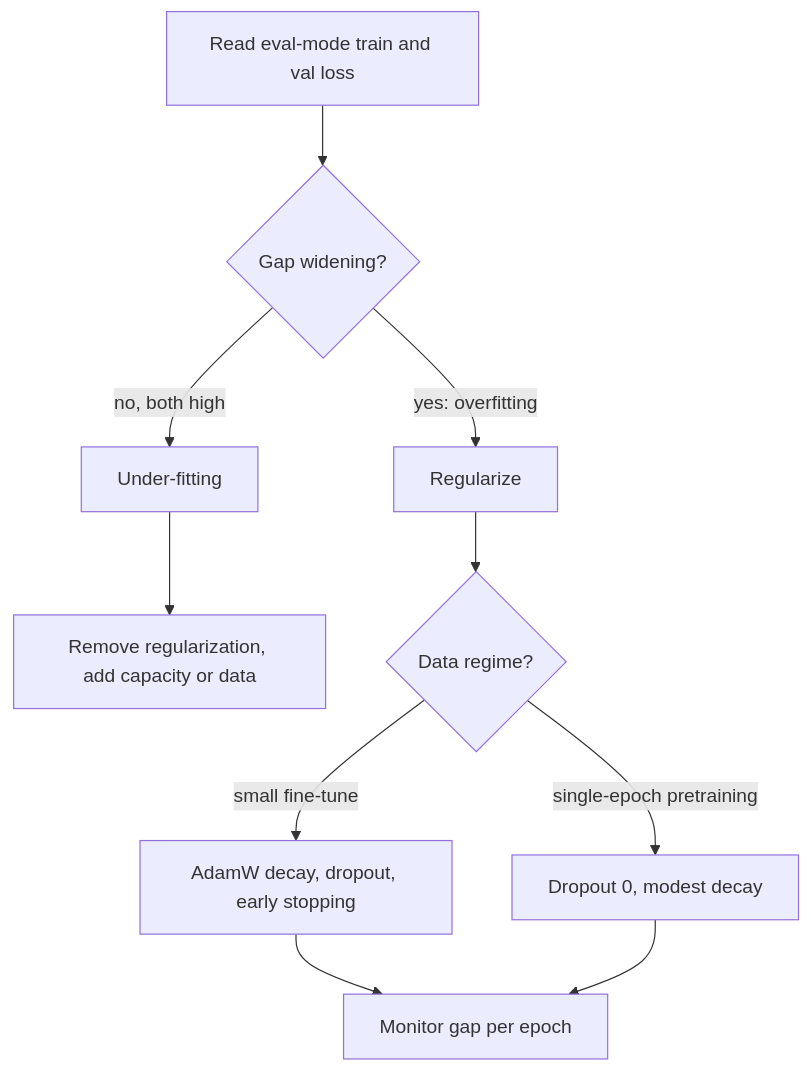
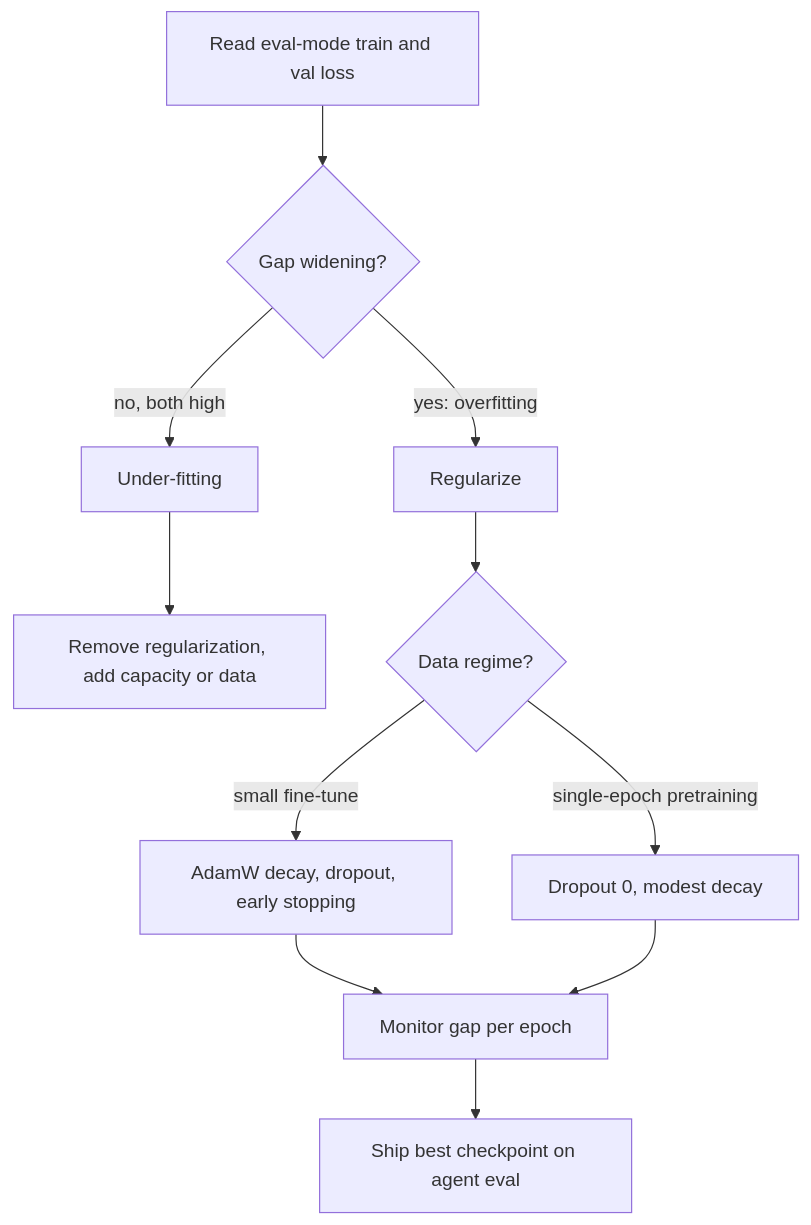
One commit to lovishmahajan97/agentic-learning changed the diagram in content/ml-fundamentals/dropout-regularization.md. Above: the diagram before and after it, drawn with Mermaid. The commit also changed other lines of this file and 266 other files, not shown here.

````diff
--- a/content/ml-fundamentals/dropout-regularization.md
+++ b/content/ml-fundamentals/dropout-regularization.md
@@ -128,12 +153,13 @@
 ```mermaid
 flowchart TD
     S["Read eval-mode train and val loss"] --> Q{"Gap widening?"}
     Q -->|"yes: overfitting"| R["Regularize"]
     Q -->|"no, both high"| U["Under-fitting"]
     U --> C["Remove regularization, add capacity or data"]
     R --> D{"Data regime?"}
     D -->|"small fine-tune"| F["AdamW decay, dropout, early stopping"]
     D -->|"single-epoch pretraining"| P["Dropout 0, modest decay"]
     F --> M["Monitor gap per epoch"]
     P --> M
+    M --> E["Ship best checkpoint on agent eval"]
 ```
````
